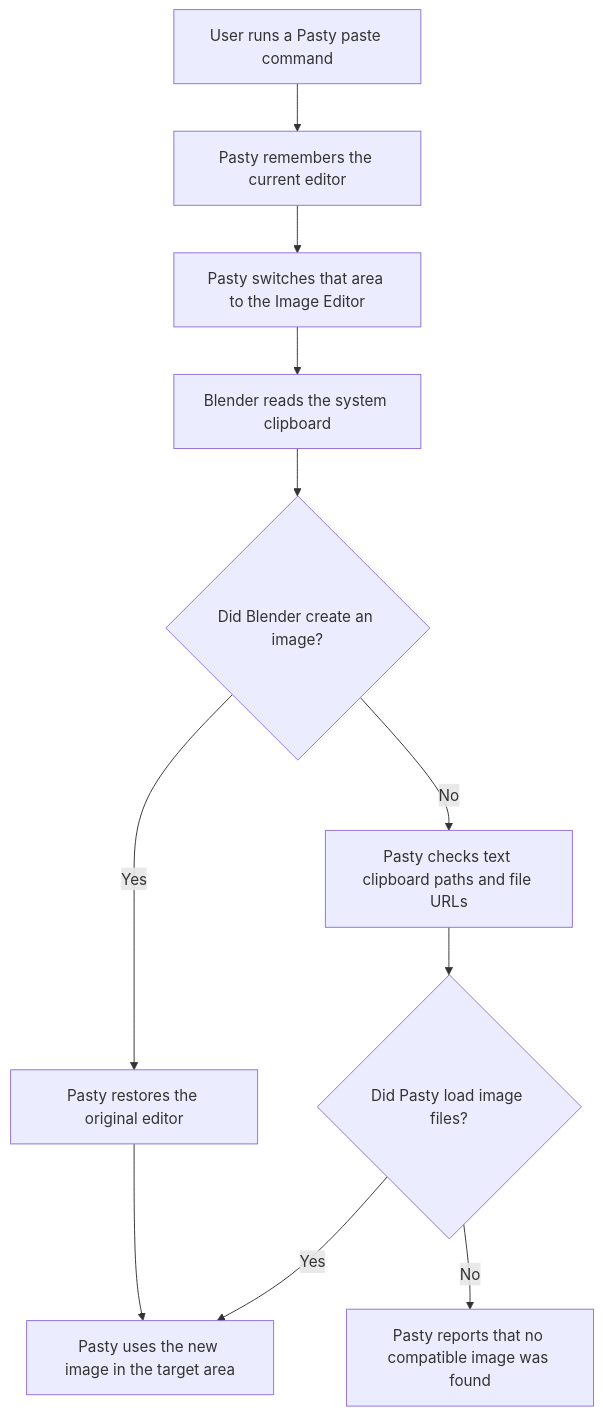
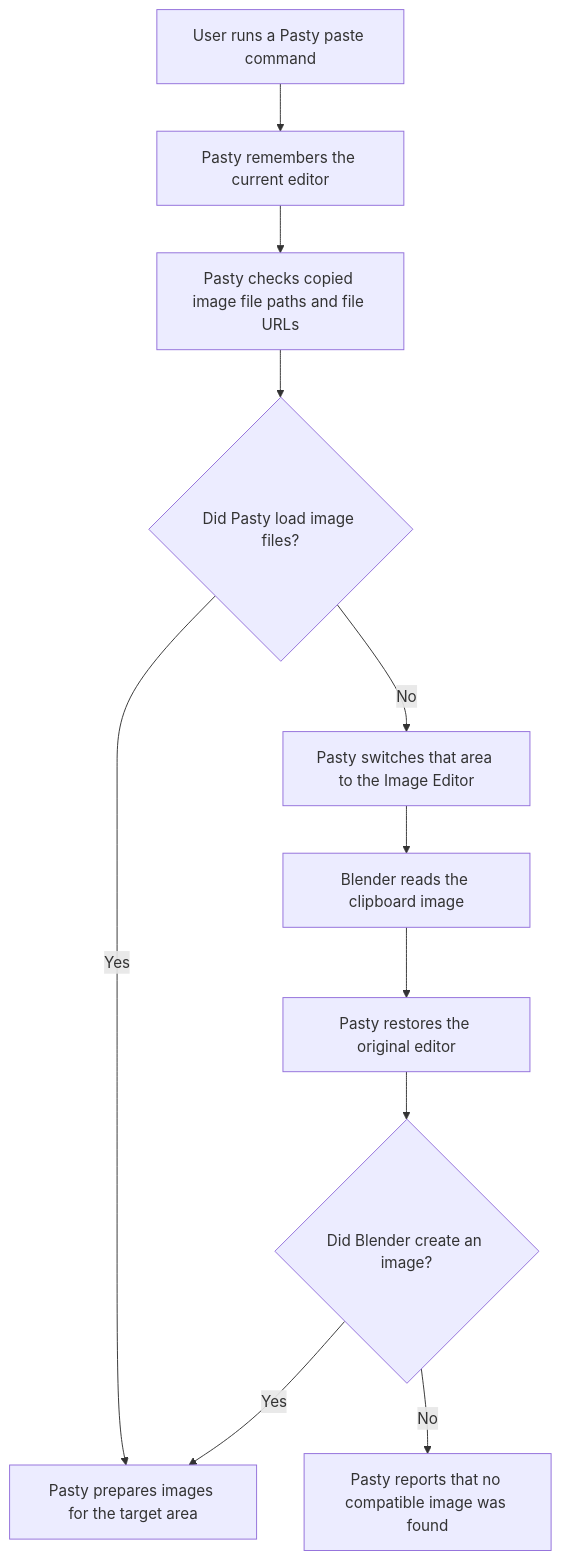
Before and after one commit to thanhph111/blender-pasty: the diagram in docs/technical-design.md, drawn with Mermaid. The commit also changed other lines of this file and 16 other files, not shown here.

````diff
--- a/docs/technical-design.md
+++ b/docs/technical-design.md
@@ -32,13 +46,13 @@
 ```mermaid
 flowchart TD
     A["User runs a Pasty paste command"] --> B["Pasty remembers the current editor"]
-    B --> C["Pasty switches that area to the Image Editor"]
-    C --> D["Blender reads the system clipboard"]
-    D --> E{"Did Blender create an image?"}
-    E -->|"Yes"| F["Pasty restores the original editor"]
-    F --> G["Pasty uses the new image in the target area"]
-    E -->|"No"| H["Pasty checks text clipboard paths and file URLs"]
-    H --> I{"Did Pasty load image files?"}
-    I -->|"Yes"| G
-    I -->|"No"| J["Pasty reports that no compatible image was found"]
+    B --> C["Pasty checks copied image file paths and file URLs"]
+    C --> D{"Did Pasty load image files?"}
+    D -->|"Yes"| G["Pasty prepares images for the target area"]
+    D -->|"No"| E["Pasty switches that area to the Image Editor"]
+    E --> F["Blender reads the clipboard image"]
+    F --> I["Pasty restores the original editor"]
+    I --> H{"Did Blender create an image?"}
+    H -->|"Yes"| G
+    H -->|"No"| J["Pasty reports that no compatible image was found"]
 ```
````
